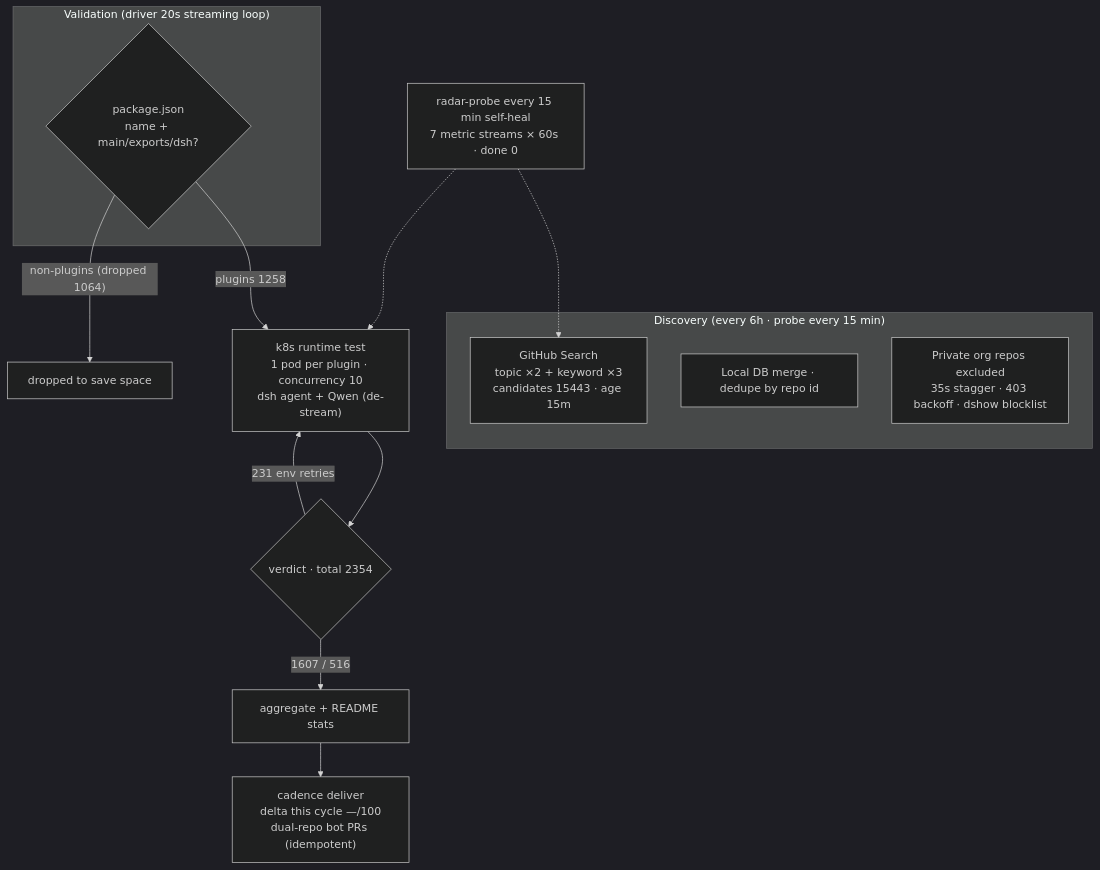
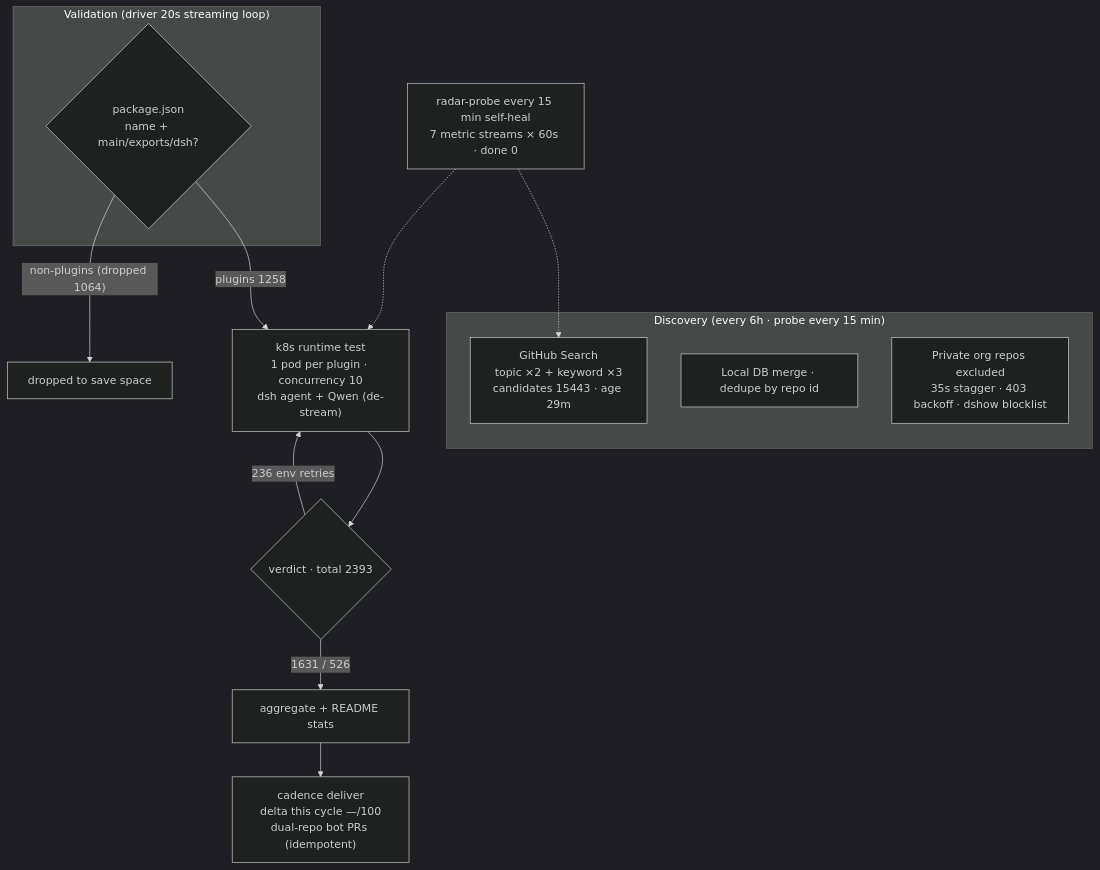
The diagram in README.en-US.md (AdamPlatin123/awesome-dsh-plugins), drawn with Mermaid (dark theme) before and after one commit. The commit also changed other lines of this file and 5 other files, not shown here.

````diff
--- a/README.en-US.md
+++ b/README.en-US.md
@@ -30,20 +30,20 @@
 ```mermaid
 flowchart TB
     subgraph Discovery["Discovery (every 6h · probe every 15 min)"]
-        A1["GitHub Search<br/>topic ×2 + keyword ×3<br/>candidates 15443 · age 15m"]
+        A1["GitHub Search<br/>topic ×2 + keyword ×3<br/>candidates 15443 · age 29m"]
         A2["Local DB merge · dedupe by repo id"]
         A3["Private org repos excluded<br/>35s stagger · 403 backoff · dshow blocklist"]
     end
     subgraph Validation["Validation (driver 20s streaming loop)"]
         B1{"package.json<br/>name + main/exports/dsh?"}
     end
     B1 -->|"plugins 1258"| C1["k8s runtime test<br/>1 pod per plugin · concurrency 10<br/>dsh agent + Qwen (de-stream)"]
     B1 -->|"non-plugins (dropped 1064)"| B3["dropped to save space"]
-    C1 --> D1{"verdict · total 2354"}
-    D1 -->|"1607 / 516"| E1["aggregate + README stats"]
-    D1 -->|"231 env retries"| C1
+    C1 --> D1{"verdict · total 2393"}
+    D1 -->|"1631 / 526"| E1["aggregate + README stats"]
+    D1 -->|"236 env retries"| C1
     E1 --> E2["cadence deliver<br/>delta this cycle —/100<br/>dual-repo bot PRs (idempotent)"]
     M["radar-probe every 15 min self-heal<br/>7 metric streams × 60s · done 0"]
     M -.-> A1
     M -.-> C1
 ```
````
